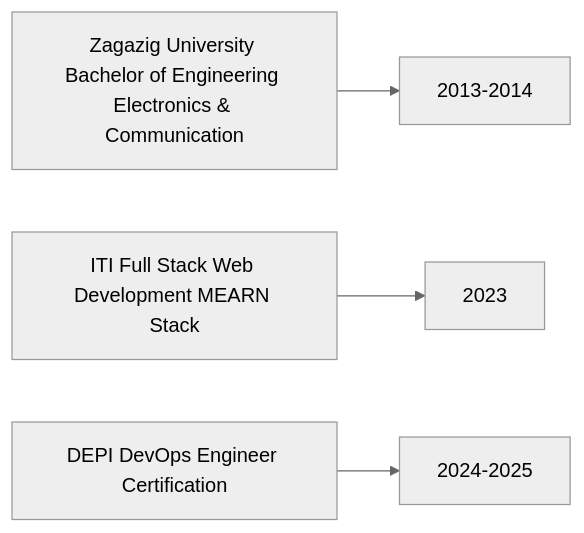
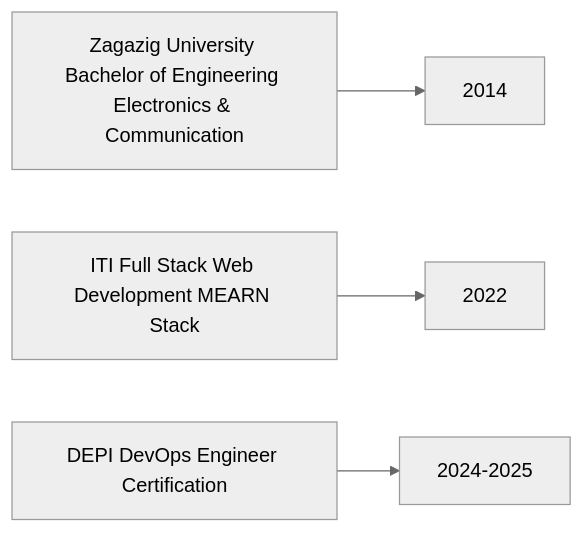
Before and after one commit to HebaAli48/HebaAli48: the second of 2 diagrams in README.md, drawn with Mermaid (neutral theme).

````diff
--- a/README.md
+++ b/README.md
@@ -101,6 +101,6 @@
 ```mermaid
 graph LR
-    A[Zagazig University Bachelor of Engineering Electronics & Communication] --> B[2013-2014]
-    C[ITI Full Stack Web Development MEARN Stack] --> D[2023]
+    A[Zagazig University Bachelor of Engineering Electronics & Communication] --> B[2014]
+    C[ITI Full Stack Web Development MEARN Stack] --> D[2022]
     E[DEPI DevOps Engineer Certification] --> F[2024-2025]
 ```
````
